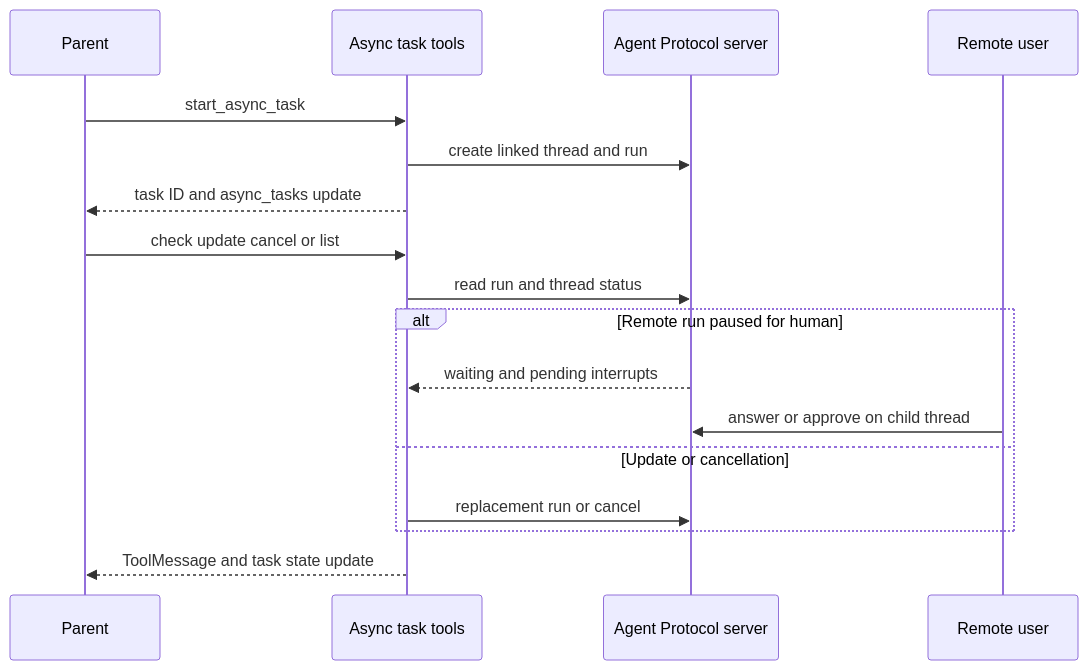
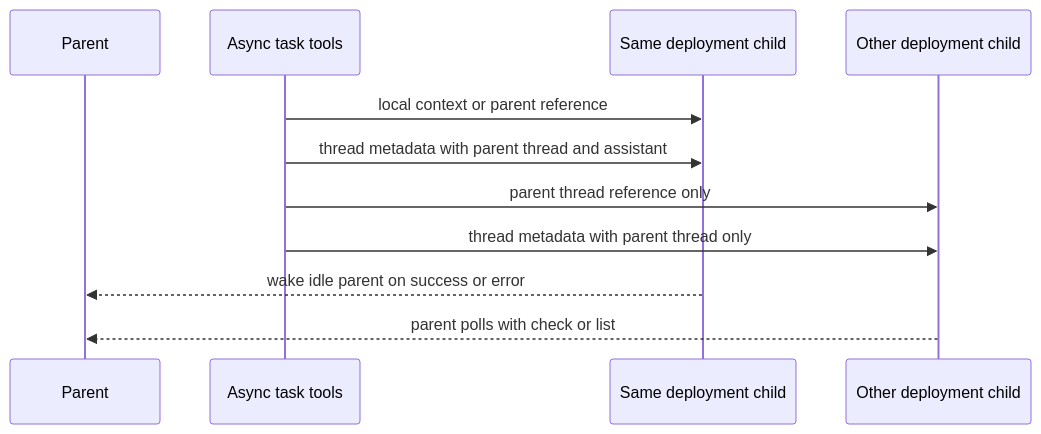
Before and after one commit to langchain-ai/deepagents: the third of 5 diagrams in openwiki/concepts/subagents-skills.md, drawn with Mermaid. The commit also changed other lines of this file and 47 other files, not shown here.

````diff
--- a/openwiki/concepts/subagents-skills.md
+++ b/openwiki/concepts/subagents-skills.md
@@ -90,19 +97,13 @@
 ```mermaid
 sequenceDiagram
     participant Parent
-    participant AsyncTools as Async task tools
-    participant Remote as Agent Protocol server
-    participant Human as Remote user
-    Parent->>AsyncTools: start_async_task
-    AsyncTools->>Remote: create linked thread and run
-    AsyncTools-->>Parent: task ID and async_tasks update
-    Parent->>AsyncTools: check update cancel or list
-    AsyncTools->>Remote: read run and thread status
-    alt Remote run paused for human
-        Remote-->>AsyncTools: waiting and pending interrupts
-        Human->>Remote: answer or approve on child thread
-    else Update or cancellation
-        AsyncTools->>Remote: replacement run or cancel
-    end
-    AsyncTools-->>Parent: ToolMessage and task state update
+    participant Tools as Async task tools
+    participant Local as Same deployment child
+    participant Cross as Other deployment child
+    Tools->>Local: local context or parent reference
+    Tools->>Local: thread metadata with parent thread and assistant
+    Tools->>Cross: parent thread reference only
+    Tools->>Cross: thread metadata with parent thread only
+    Local-->>Parent: wake idle parent on success or error
+    Cross-->>Parent: parent polls with check or list
 ```
````
